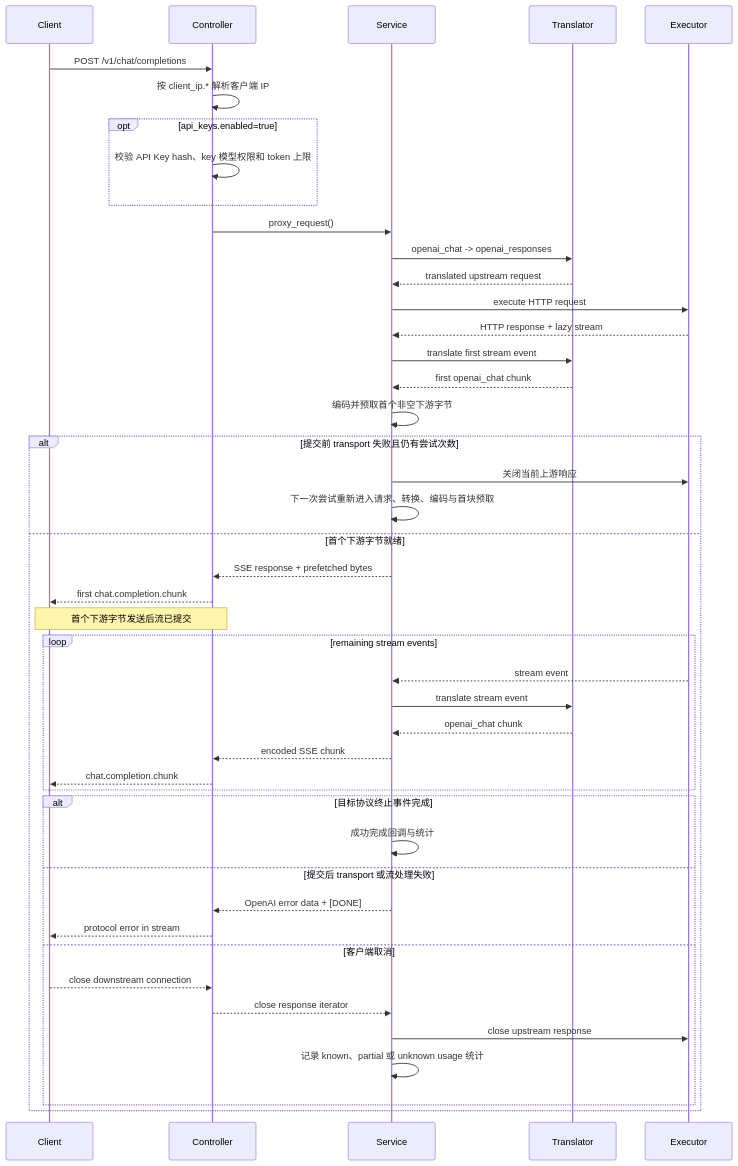
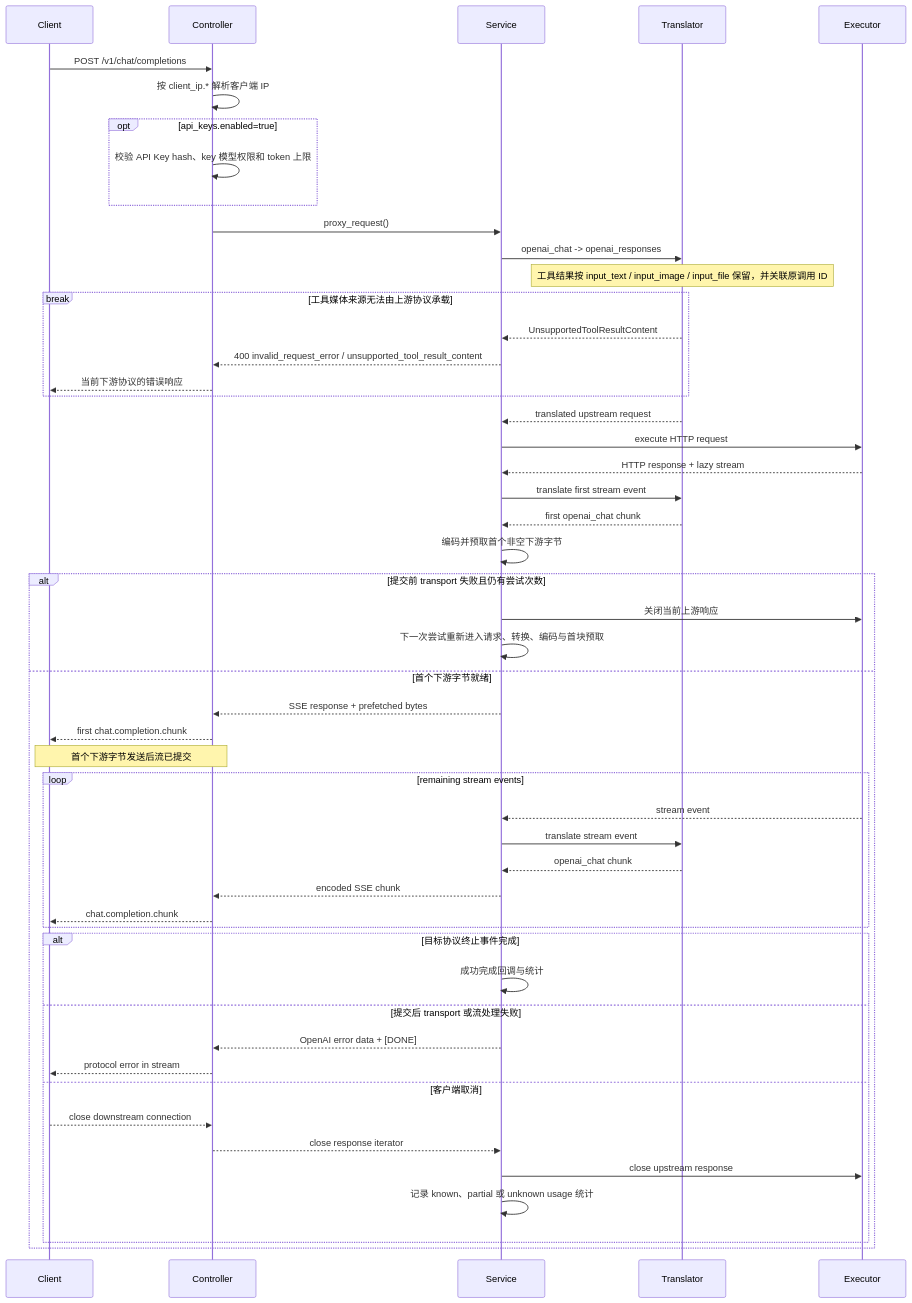
The first of 5 diagrams in docs/architecture-4plus1.md (VonSdite/LLM_Proxy), drawn with Mermaid before and after one commit. The commit also changed other lines of this file and 13 other files, not shown here.

````diff
--- a/docs/architecture-4plus1.md
+++ b/docs/architecture-4plus1.md
@@ -1138,48 +1140,54 @@
 ```mermaid
 sequenceDiagram
     participant Client
     participant Controller
     participant Service
     participant Translator
     participant Executor
 
     Client->>Controller: POST /v1/chat/completions
     Controller->>Controller: 按 client_ip.* 解析客户端 IP
     opt api_keys.enabled=true
         Controller->>Controller: 校验 API Key hash、key 模型权限和 token 上限
     end
     Controller->>Service: proxy_request()
     Service->>Translator: openai_chat -> openai_responses
+    Note over Translator: 工具结果按 input_text / input_image / input_file 保留，并关联原调用 ID
+    break 工具媒体来源无法由上游协议承载
+        Translator-->>Service: UnsupportedToolResultContent
+        Service-->>Controller: 400 invalid_request_error / unsupported_tool_result_content
+        Controller-->>Client: 当前下游协议的错误响应
+    end
     Translator-->>Service: translated upstream request
     Service->>Executor: execute HTTP request
     Executor-->>Service: HTTP response + lazy stream
     Service->>Translator: translate first stream event
     Translator-->>Service: first openai_chat chunk
     Service->>Service: 编码并预取首个非空下游字节
     alt 提交前 transport 失败且仍有尝试次数
         Service->>Executor: 关闭当前上游响应
         Service->>Service: 下一次尝试重新进入请求、转换、编码与首块预取
     else 首个下游字节就绪
         Service-->>Controller: SSE response + prefetched bytes
         Controller-->>Client: first chat.completion.chunk
         Note over Controller,Client: 首个下游字节发送后流已提交
         loop remaining stream events
             Executor-->>Service: stream event
             Service->>Translator: translate stream event
             Translator-->>Service: openai_chat chunk
             Service-->>Controller: encoded SSE chunk
             Controller-->>Client: chat.completion.chunk
         end
         alt 目标协议终止事件完成
             Service->>Service: 成功完成回调与统计
         else 提交后 transport 或流处理失败
             Service-->>Controller: OpenAI error data + [DONE]
             Controller-->>Client: protocol error in stream
         else 客户端取消
             Client-->>Controller: close downstream connection
             Controller-->>Service: close response iterator
             Service->>Executor: close upstream response
             Service->>Service: 记录 known、partial 或 unknown usage 统计
         end
     end
 ```
````
